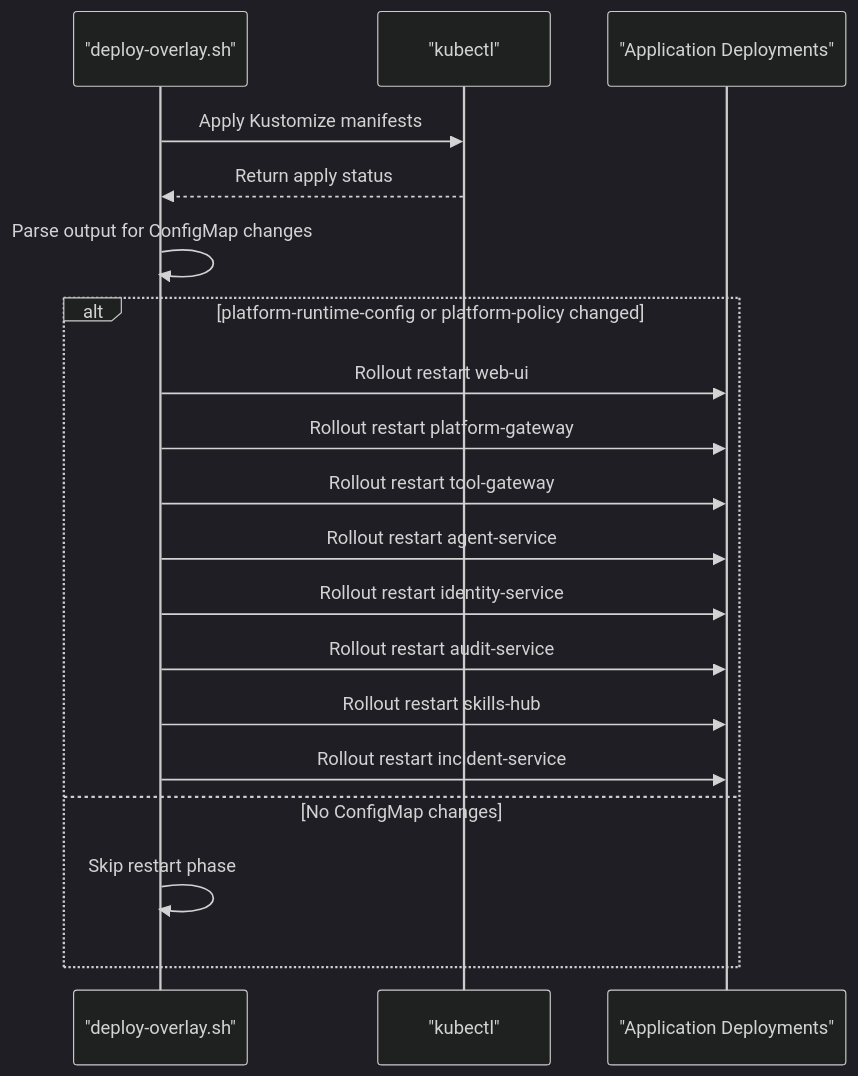
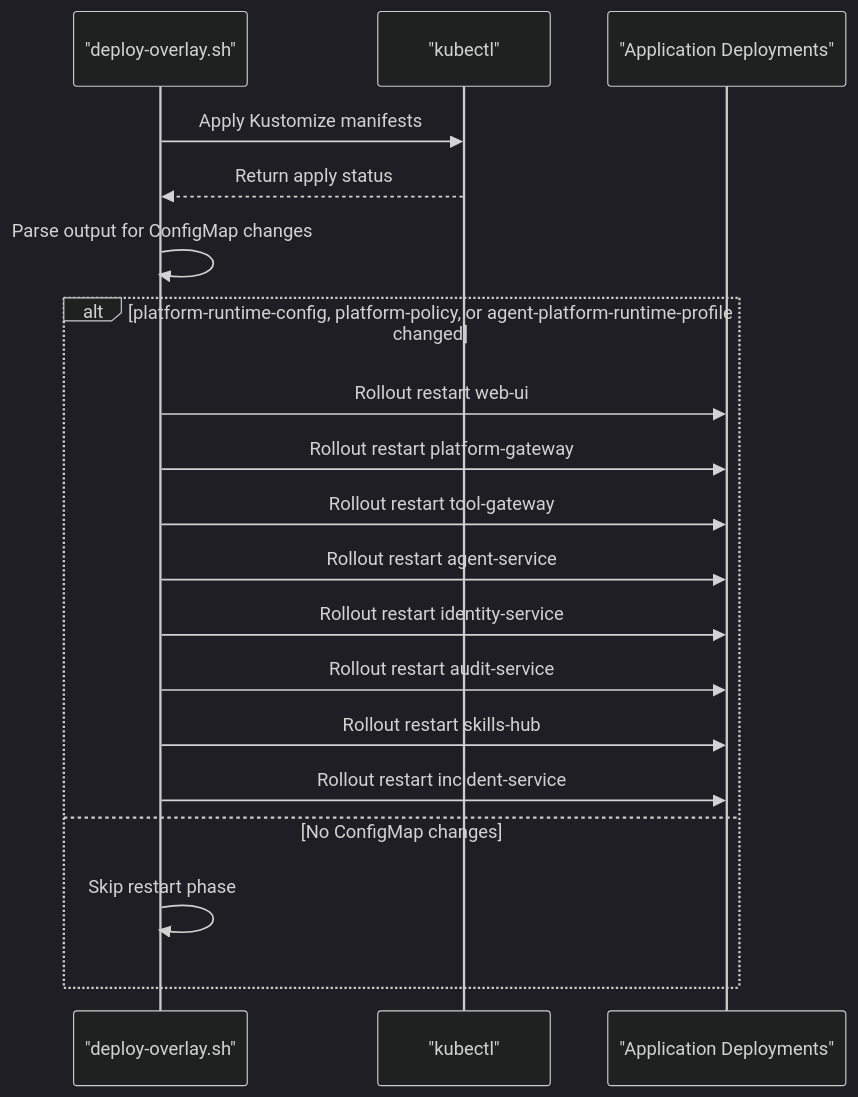
One commit to metasync/luban-aiops changed the fifth of 7 diagrams in .qoder/repowiki/en/content/Deployment and Operations/GitOps Workflow.md. Above: the diagram before and after it, drawn with Mermaid (dark theme). The commit also changed other lines of this file and 18 other files, not shown here.

````diff
--- a/.qoder/repowiki/en/content/Deployment and Operations/GitOps Workflow.md
+++ b/.qoder/repowiki/en/content/Deployment and Operations/GitOps Workflow.md
@@ -237,21 +248,21 @@
 ```mermaid
 sequenceDiagram
 participant Script as "deploy-overlay.sh"
 participant Kubectl as "kubectl"
 participant Deployments as "Application Deployments"
 Script->>Kubectl : Apply Kustomize manifests
 Kubectl-->>Script : Return apply status
 Script->>Script : Parse output for ConfigMap changes
-alt platform-runtime-config or platform-policy changed
+alt platform-runtime-config, platform-policy, or agent-platform-runtime-profile changed
 Script->>Deployments : Rollout restart web-ui
 Script->>Deployments : Rollout restart platform-gateway
 Script->>Deployments : Rollout restart tool-gateway
 Script->>Deployments : Rollout restart agent-service
 Script->>Deployments : Rollout restart identity-service
 Script->>Deployments : Rollout restart audit-service
 Script->>Deployments : Rollout restart skills-hub
 Script->>Deployments : Rollout restart incident-service
 else No ConfigMap changes
 Script->>Script : Skip restart phase
 end
 ```
````
